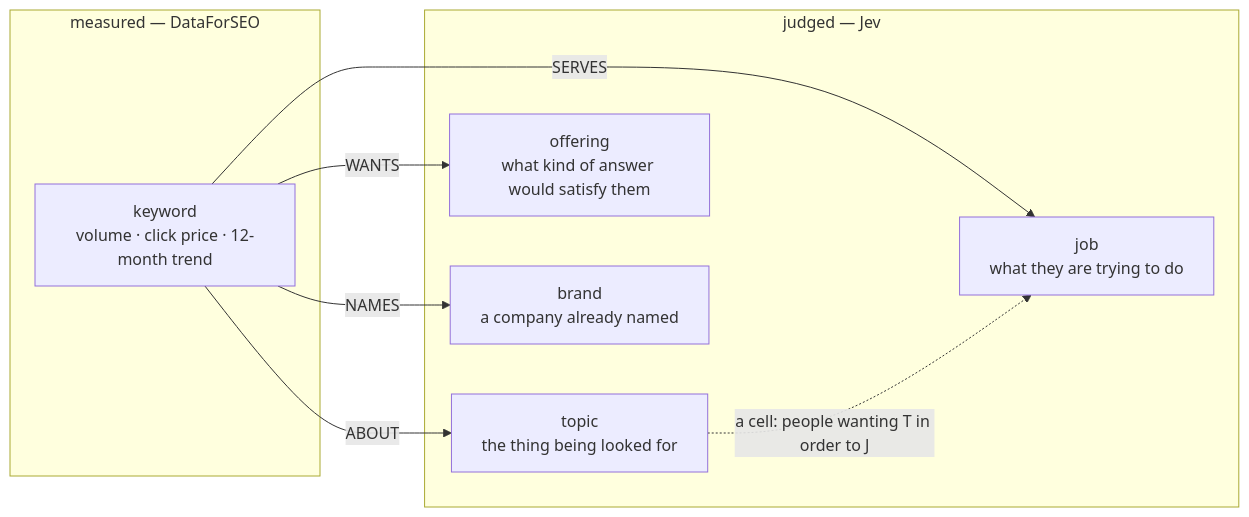
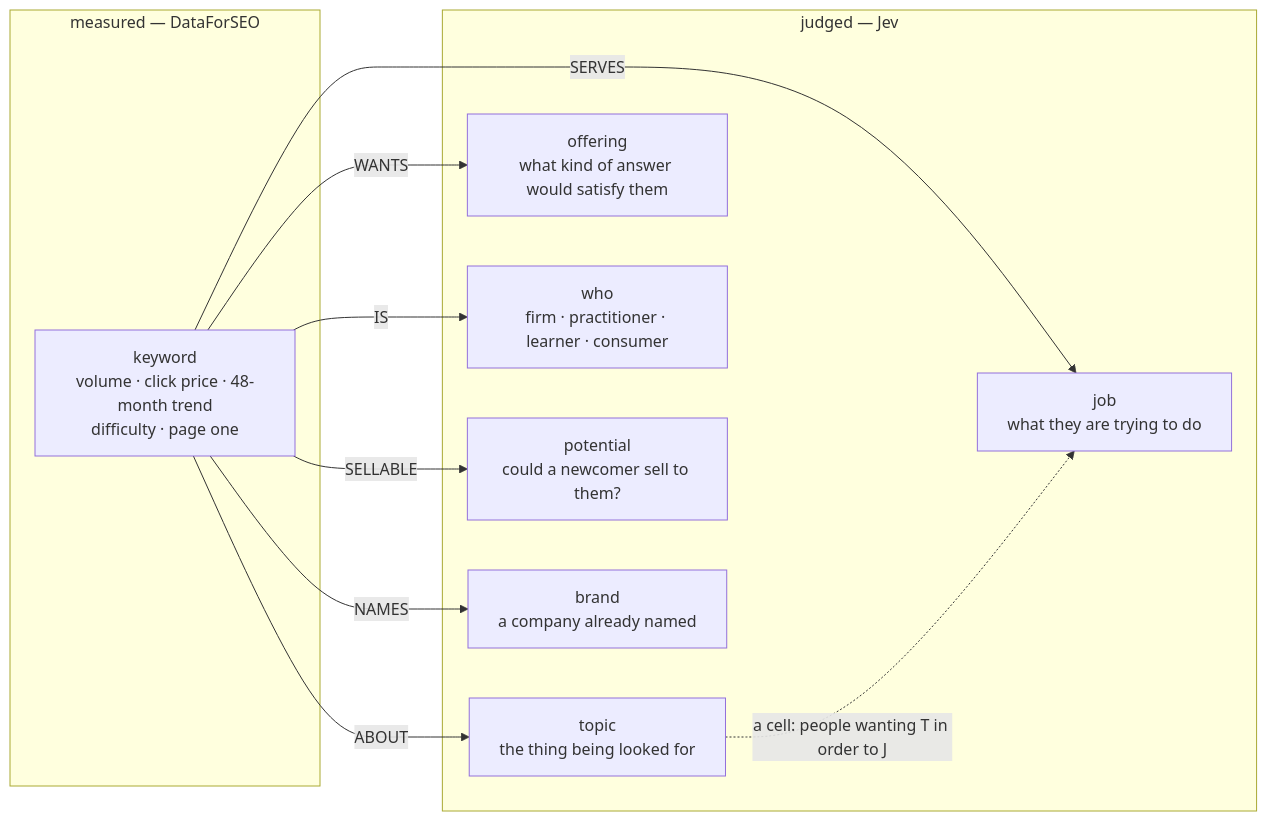
One commit to samsam32118/demandEngine2 changed the second of 2 diagrams in .claude/skills/keyword-insights/SKILL.md. Above: the diagram before and after it, drawn with Mermaid. The commit also changed other lines of this file and 11 other files, not shown here.

First line of the commit message:
Stack-rank every search and search the graph from the top of the stack

````diff
--- a/.claude/skills/keyword-insights/SKILL.md
+++ b/.claude/skills/keyword-insights/SKILL.md
@@ -406,17 +403,21 @@
 ```mermaid
 flowchart LR
   subgraph measured["measured — DataForSEO"]
-    KW["keyword<br/>volume · click price · 12-month trend"]
+    KW["keyword<br/>volume · click price · 48-month trend<br/>difficulty · page one"]
   end
   subgraph judged["judged — Jev"]
     T["topic<br/>the thing being looked for"]
     J["job<br/>what they are trying to do"]
     O["offering<br/>what kind of answer would satisfy them"]
+    W["who<br/>firm · practitioner · learner · consumer"]
+    P["potential<br/>could a newcomer sell to them?"]
     E["brand<br/>a company already named"]
   end
   KW -->|ABOUT| T
   KW -->|SERVES| J
   KW -->|WANTS| O
+  KW -->|IS| W
+  KW -->|SELLABLE| P
   KW -->|NAMES| E
   T -.->|a cell: people wanting T in order to J| J
 ```
````
